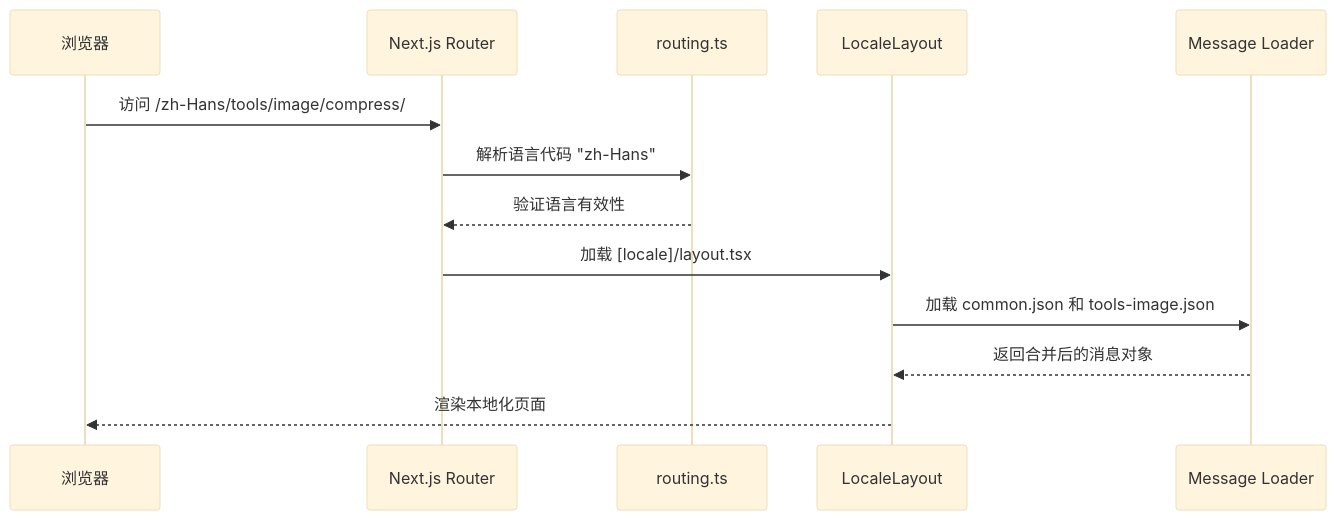
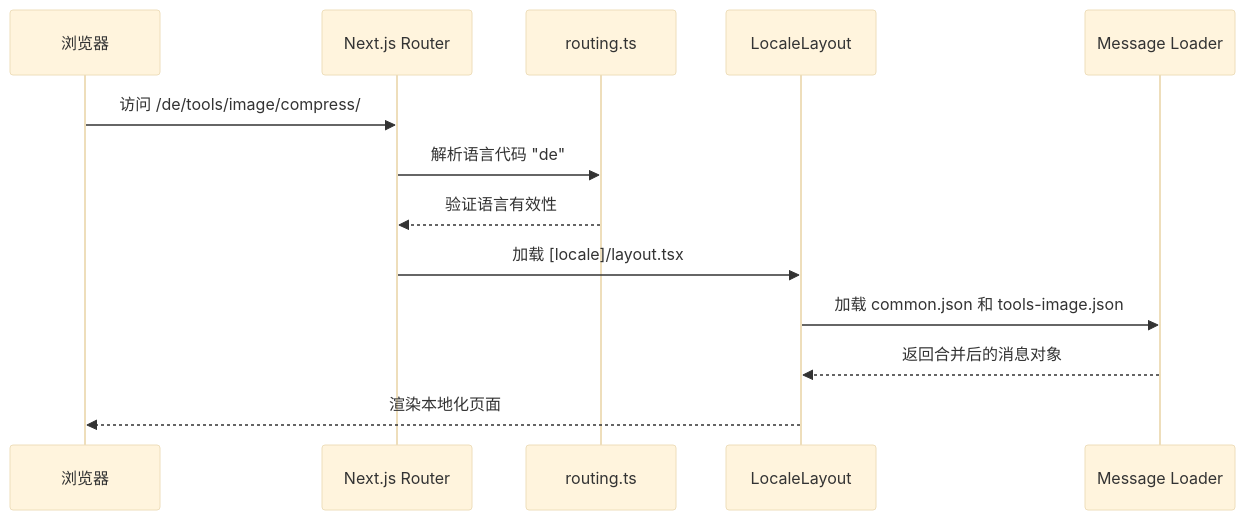
Before and after one commit to sgyy/privadeck: the sixth of 12 diagrams in .qoder/repowiki/zh/content/国际化实现/国际化实现.md, drawn with Mermaid (base theme). The commit also changed other lines of this file and 10 other files, not shown here.

````diff
--- a/.qoder/repowiki/zh/content/国际化实现/国际化实现.md
+++ b/.qoder/repowiki/zh/content/国际化实现/国际化实现.md
@@ -265,15 +293,15 @@
 ```mermaid
 sequenceDiagram
 participant Browser as 浏览器
 participant Router as Next.js Router
 participant Config as routing.ts
 participant Layout as LocaleLayout
 participant Messages as Message Loader
-Browser->>Router : 访问 /zh-Hans/tools/image/compress/
-Router->>Config : 解析语言代码 "zh-Hans"
+Browser->>Router : 访问 /de/tools/image/compress/
+Router->>Config : 解析语言代码 "de"
 Config-->>Router : 验证语言有效性
 Router->>Layout : 加载 [locale]/layout.tsx
 Layout->>Messages : 加载 common.json 和 tools-image.json
 Messages-->>Layout : 返回合并后的消息对象
 Layout-->>Browser : 渲染本地化页面
 ```
````
